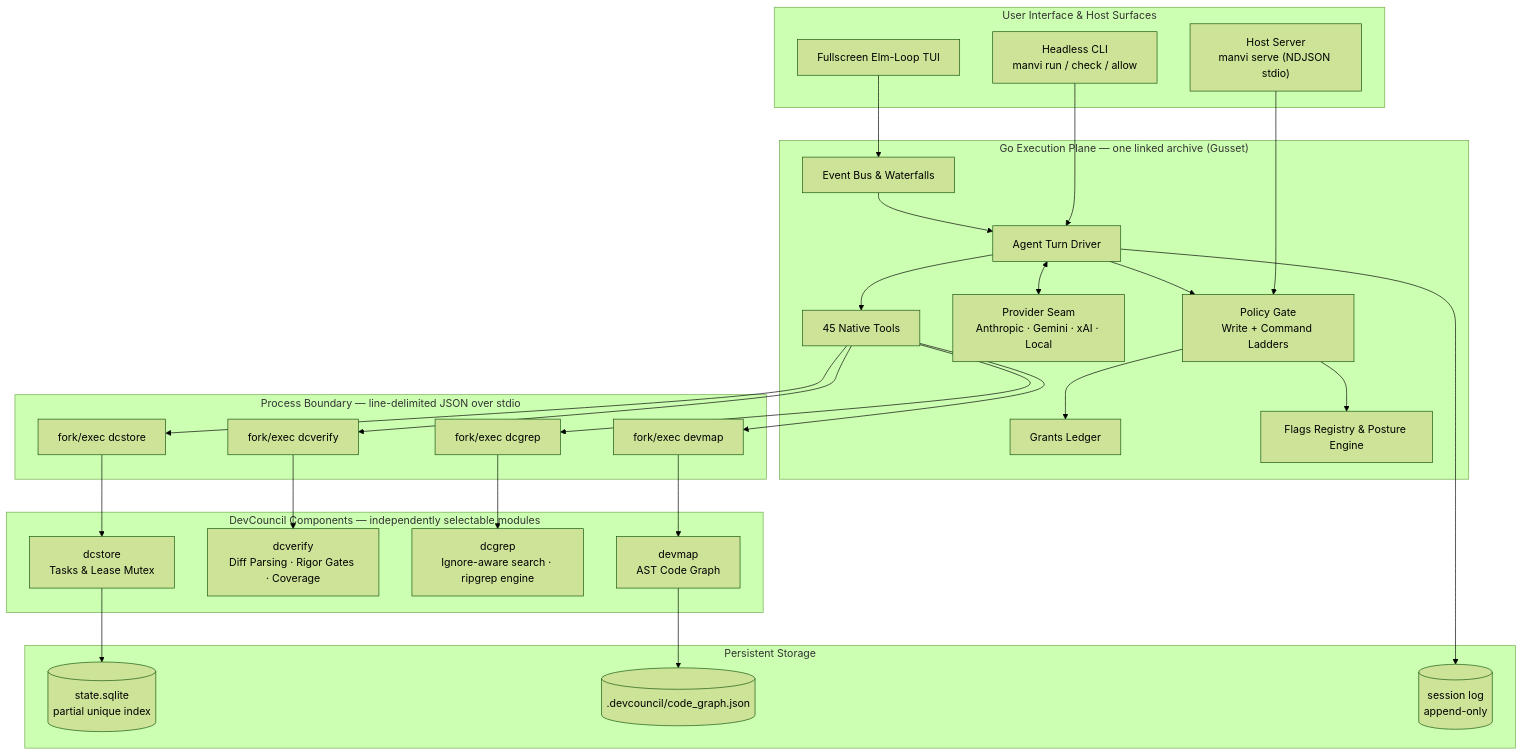
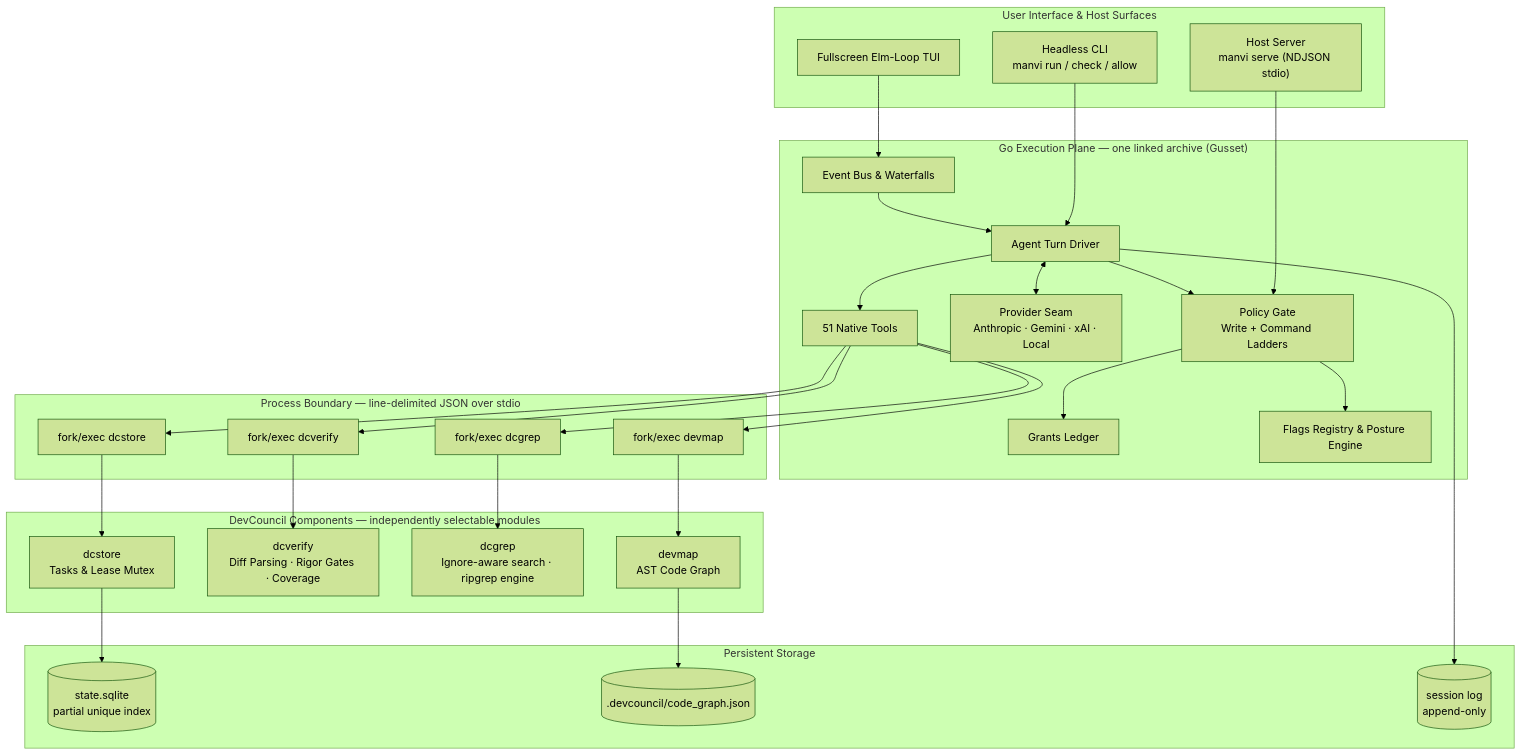
The first of 9 diagrams in README.md (bharathvbcr/Manvi), drawn with Mermaid (forest theme) before and after one commit. The commit also changed other lines of this file and 5 other files, not shown here.

````diff
--- a/README.md
+++ b/README.md
@@ -57,56 +57,56 @@
 ```mermaid
 flowchart TB
     subgraph UI["User Interface & Host Surfaces"]
         TUI["Fullscreen Elm-Loop TUI"]
         CLI["Headless CLI<br/>manvi run / check / allow"]
         Serve["Host Server<br/>manvi serve (NDJSON stdio)"]
     end
 
     subgraph GoPlane["Go Execution Plane — one linked archive (Gusset)"]
         Bus["Event Bus & Waterfalls"]
         AgentLoop["Agent Turn Driver"]
         Gate["Policy Gate<br/>Write + Command Ladders"]
         Grants["Grants Ledger"]
         Registry["Flags Registry & Posture Engine"]
         Providers["Provider Seam<br/>Anthropic · Gemini · xAI · Local"]
-        Tools["45 Native Tools"]
+        Tools["51 Native Tools"]
     end
 
     subgraph Boundary["Process Boundary — line-delimited JSON over stdio"]
         P1["fork/exec dcstore"]
         P2["fork/exec dcverify"]
         P3["fork/exec devmap"]
         P4["fork/exec dcgrep"]
     end
 
     subgraph Components["DevCouncil Components — independently selectable modules"]
         DCStore["dcstore<br/>Tasks & Lease Mutex"]
         DCVerify["dcverify<br/>Diff Parsing · Rigor Gates · Coverage"]
         DCGrep["dcgrep<br/>Ignore-aware search · ripgrep engine"]
         DevMap["devmap<br/>AST Code Graph"]
     end
 
     subgraph Storage["Persistent Storage"]
         SQLite[("state.sqlite<br/>partial unique index")]
         CodeGraph[(".devcouncil/code_graph.json")]
         SessionLog[("session log<br/>append-only")]
     end
 
     TUI --> Bus
     CLI --> AgentLoop
     Serve --> Gate
     Bus --> AgentLoop
     AgentLoop --> Gate
     Gate --> Grants
     Gate --> Registry
     AgentLoop <--> Providers
     AgentLoop --> Tools
     AgentLoop --> SessionLog
     Tools --> P1 & P2 & P3 & P4
     P1 --> DCStore
     P2 --> DCVerify
     P3 --> DevMap
     P4 --> DCGrep
     DCStore --> SQLite
     DevMap --> CodeGraph
 ```
````
